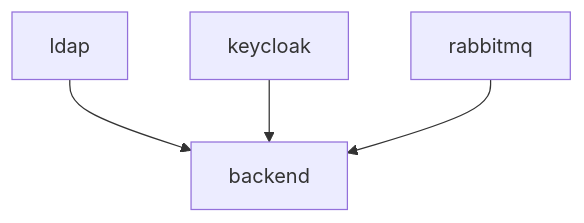
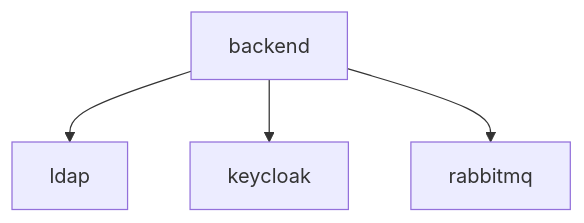
One commit to SciCatProject/scicatlive changed the diagram in services/backend/README.md. Above: the diagram before and after it, drawn with Mermaid. The commit also changed 1 other file, not shown here.

Commit message:
Fix mermaid line directions

````diff
--- a/services/backend/README.md
+++ b/services/backend/README.md
@@ -19,6 +19,6 @@
 ```mermaid
 graph TD
-    ldap --> backend
-    keycloak --> backend
-    rabbitmq --> backend
+    backend --> ldap
+    backend --> keycloak
+    backend --> rabbitmq
 ```
````
